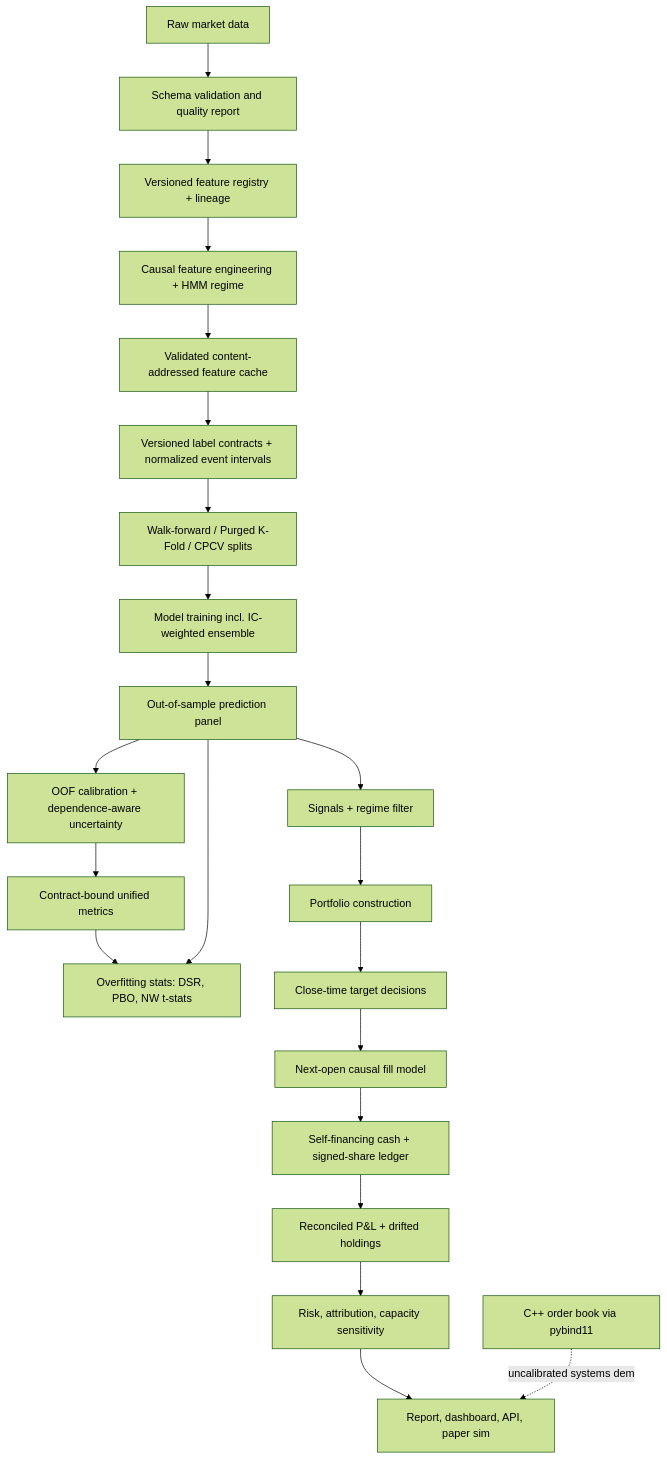
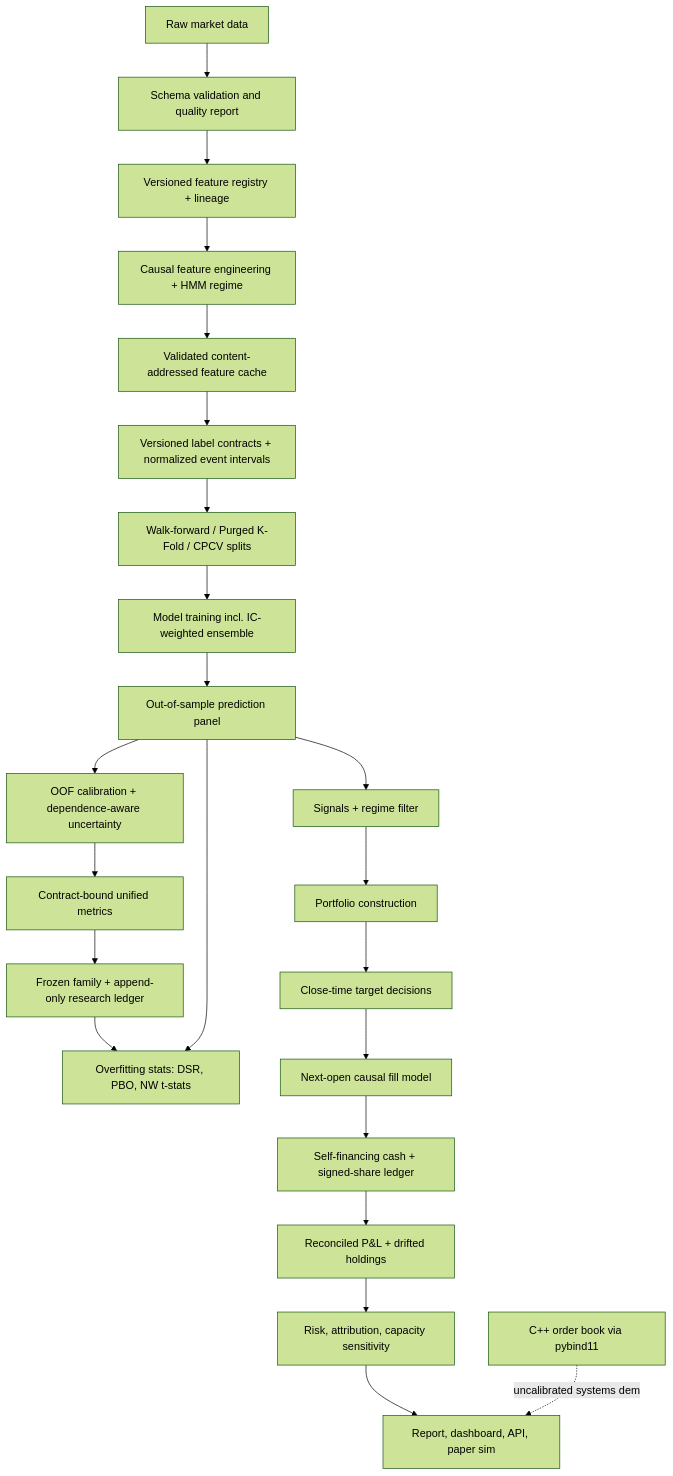
Before and after one commit to srgangaram-swe/AlphaForge: the diagram in docs/architecture.md, drawn with Mermaid (forest theme). The commit also changed other lines of this file and 10 other files, not shown here.

Commit message:
feat(research): enforce append-only trial governance

````diff
--- a/docs/architecture.md
+++ b/docs/architecture.md
@@ -5,24 +5,25 @@
 ```mermaid
 flowchart TD
     raw[Raw market data] --> validate[Schema validation and quality report]
     validate --> registry[Versioned feature registry + lineage]
     registry --> features[Causal feature engineering + HMM regime]
     features --> cache[Validated content-addressed feature cache]
     cache --> labels[Versioned label contracts + normalized event intervals]
     labels --> splits[Walk-forward / Purged K-Fold / CPCV splits]
     splits --> models[Model training incl. IC-weighted ensemble]
     models --> preds[Out-of-sample prediction panel]
     preds --> calibration[OOF calibration + dependence-aware uncertainty]
     calibration --> metrics[Contract-bound unified metrics]
-    metrics --> overfit
+    metrics --> governance[Frozen family + append-only research ledger]
+    governance --> overfit
     preds --> overfit[Overfitting stats: DSR, PBO, NW t-stats]
     preds --> signals[Signals + regime filter]
     signals --> portfolio[Portfolio construction]
     portfolio --> orders[Close-time target decisions]
     orders --> execution[Next-open causal fill model]
     execution --> ledger[Self-financing cash + signed-share ledger]
     ledger --> backtest[Reconciled P&L + drifted holdings]
     backtest --> risk[Risk, attribution, capacity sensitivity]
     risk --> outputs[Report, dashboard, API, paper sim]
     native[C++ order book via pybind11] -.uncalibrated systems demo.-> outputs
 ```
````
